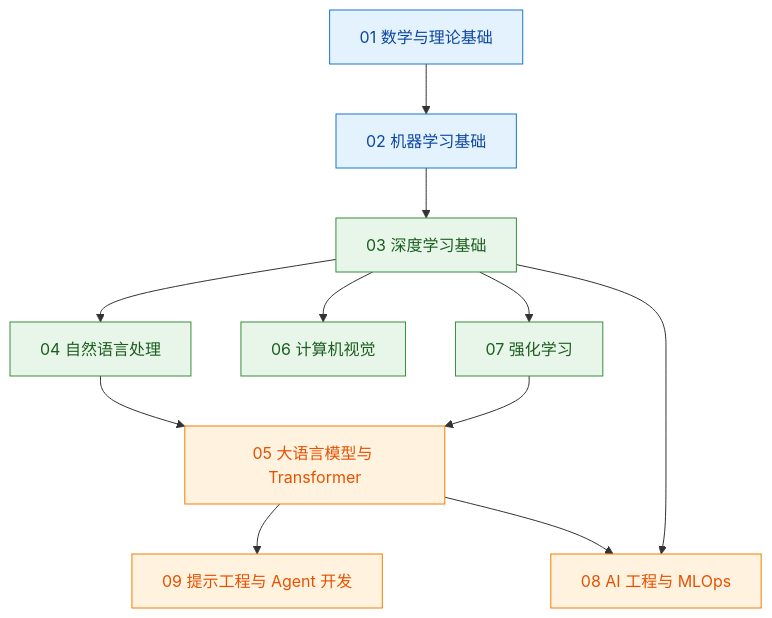
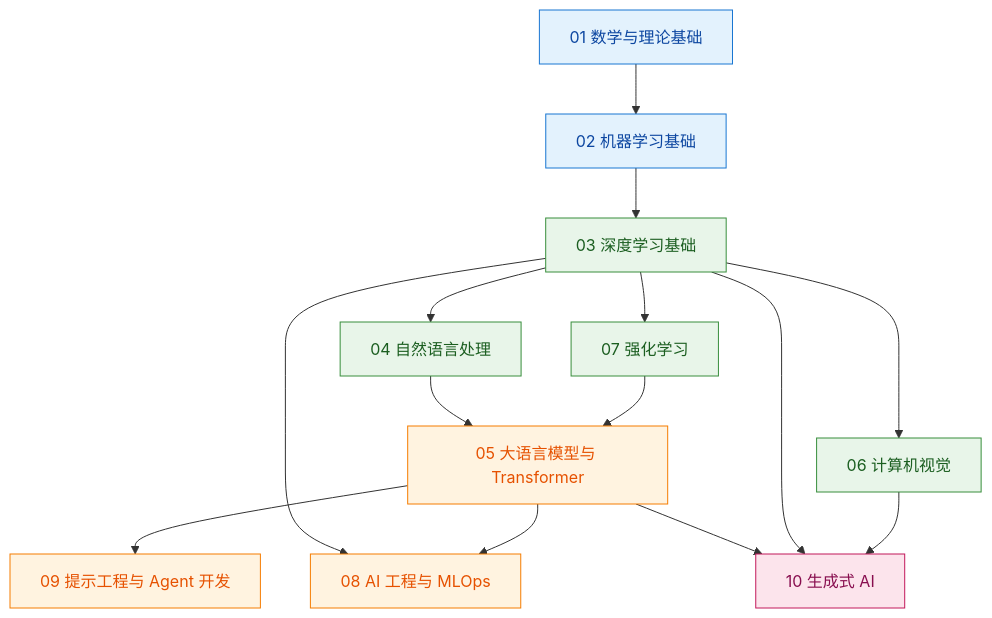
One commit to HarveyWebLee/ai-docs changed the diagram in docs/00-元规范/000-分类总览与知识图谱.md. Above: the diagram before and after it, drawn with Mermaid. The commit also changed other lines of this file and 50 other files, not shown here.

````diff
--- a/docs/00-元规范/000-分类总览与知识图谱.md
+++ b/docs/00-元规范/000-分类总览与知识图谱.md
@@ -32,20 +33,25 @@
 ```mermaid
 graph TD
   Math["01 数学与理论基础"] --> ML["02 机器学习基础"]
   ML --> DL["03 深度学习基础"]
   DL --> NLP["04 自然语言处理"]
   DL --> CV["06 计算机视觉"]
   DL --> RL["07 强化学习"]
   NLP --> LLM["05 大语言模型与 Transformer"]
   LLM --> Agent["09 提示工程与 Agent 开发"]
   RL --> LLM
   DL --> MLOps["08 AI 工程与 MLOps"]
   LLM --> MLOps
+  LLM --> GenAI["10 生成式 AI"]
+  DL --> GenAI
+  CV --> GenAI
 
   classDef base fill:#e3f2fd,stroke:#1976d2,color:#0d47a1;
   classDef core fill:#e8f5e9,stroke:#388e3c,color:#1b5e20;
   classDef app fill:#fff3e0,stroke:#f57c00,color:#e65100;
+  classDef gen fill:#fce4ec,stroke:#c2185b,color:#880e4f;
   class Math,ML base;
   class DL,NLP,CV,RL core;
   class LLM,Agent,MLOps app;
+  class GenAI gen;
 ```
````
